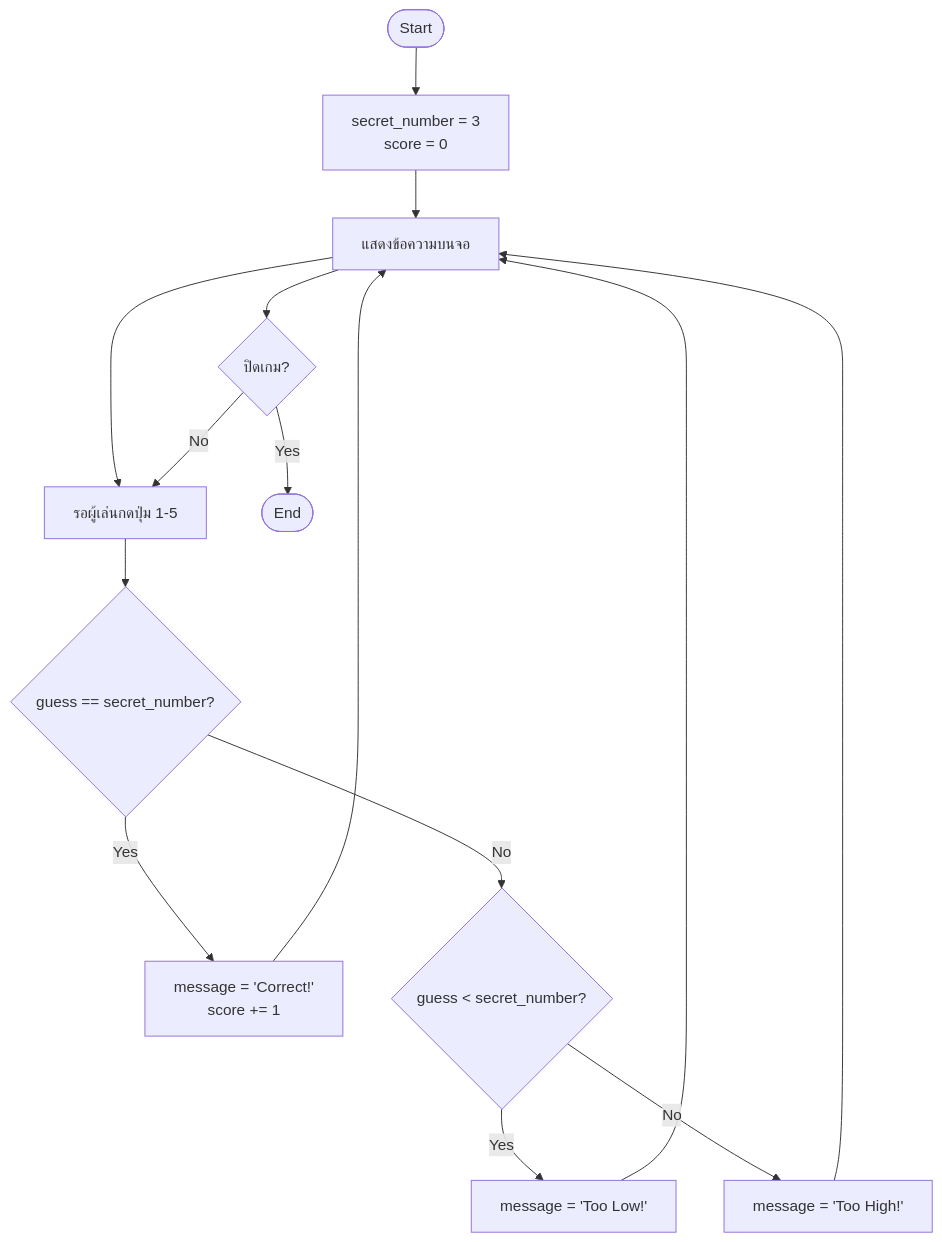
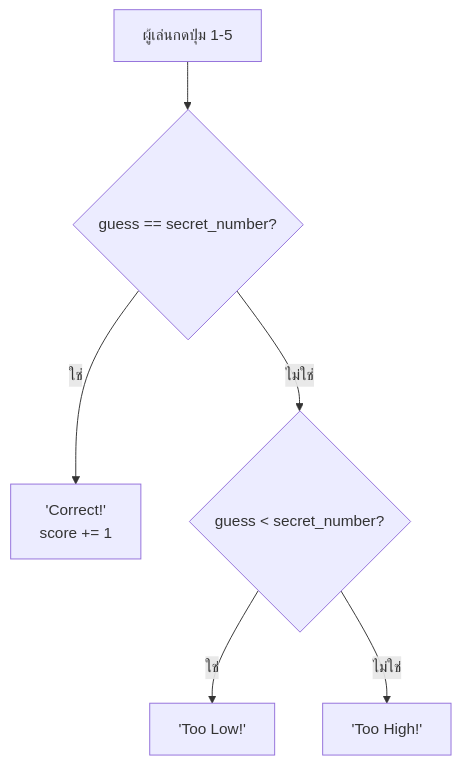
One commit to Bunyawat-Singkiporn/desktop-tutorial changed the second of 2 diagrams in project/mini-project/pygame/guessing-game/week1-basic/002_flowchart.md. Above: the diagram before and after it, drawn with Mermaid. The commit also changed other lines of this file, not shown here.

````diff
--- a/project/mini-project/pygame/guessing-game/week1-basic/002_flowchart.md
+++ b/project/mini-project/pygame/guessing-game/week1-basic/002_flowchart.md
@@ -31,17 +34,8 @@
 ```mermaid
 flowchart TD
-    A([Start]) --> B["secret_number = 3\nscore = 0"]
-    B --> C["แสดงข้อความบนจอ"]
-    C --> D["รอผู้เล่นกดปุ่ม 1-5"]
-    D --> E{"guess == secret_number?"}
-    E -- Yes --> F["message = 'Correct!'\nscore += 1"]
-    E -- No --> G{"guess < secret_number?"}
-    G -- Yes --> H["message = 'Too Low!'"]
-    G -- No --> I["message = 'Too High!'"]
-    F --> C
-    H --> C
-    I --> C
-    C --> J{"ปิดเกม?"}
-    J -- No --> D
-    J -- Yes --> K([End])
+    A["ผู้เล่นกดปุ่ม 1-5"] --> B{"guess == secret_number?"}
+    B -- ใช่ --> C["'Correct!'\nscore += 1"]
+    B -- ไม่ใช่ --> D{"guess < secret_number?"}
+    D -- ใช่ --> E["'Too Low!'"]
+    D -- ไม่ใช่ --> F["'Too High!'"]
 ```
````
